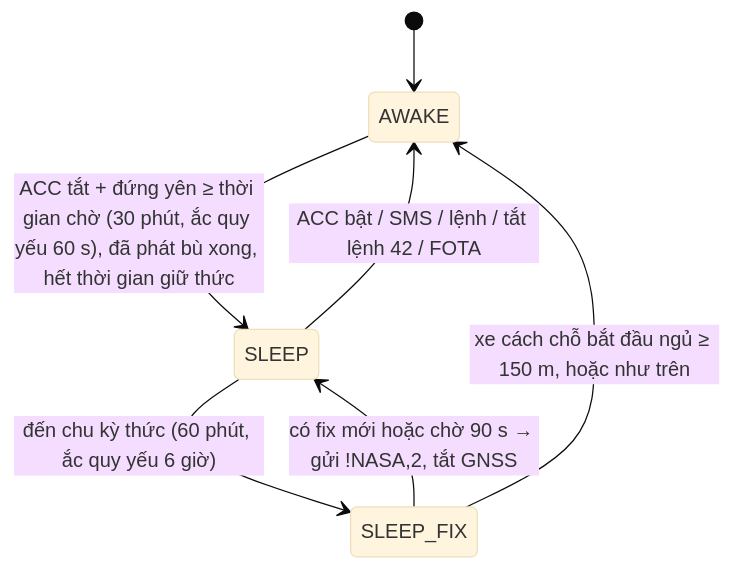
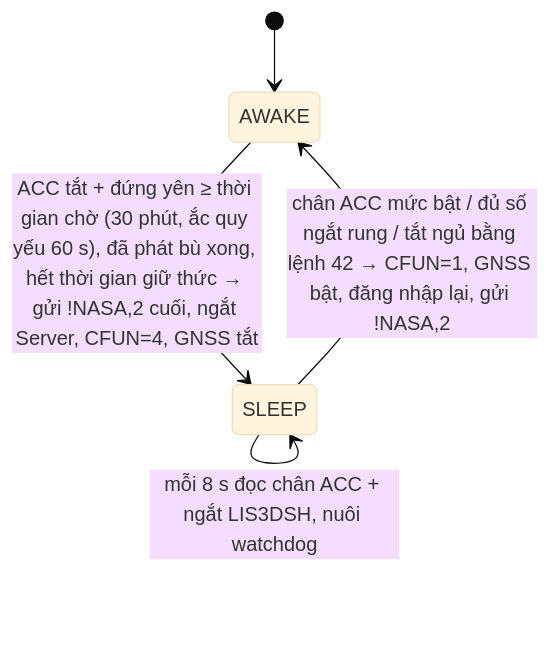
One commit to thanhsmail/NASA-TRACKING-A7677S changed the fourth of 4 diagrams in NASA_Tracking_Analysis.md. Above: the diagram before and after it, drawn with Mermaid (base theme). The commit also changed other lines of this file and 72 other files, not shown here.

First line of the commit message:
Deep sleep rework, LIS3DSH health check / on-off, turn detection, SIM radio retry

````diff
--- a/NASA_Tracking_Analysis.md
+++ b/NASA_Tracking_Analysis.md
@@ -391,9 +394,7 @@
 ```mermaid
 stateDiagram-v2
     [*] --> AWAKE
-    AWAKE --> SLEEP : ACC tắt + đứng yên ≥ thời gian chờ (30 phút, ắc quy yếu 60 s), đã phát bù xong, hết thời gian giữ thức
-    SLEEP --> SLEEP_FIX : đến chu kỳ thức (60 phút, ắc quy yếu 6 giờ)
-    SLEEP_FIX --> SLEEP : có fix mới hoặc chờ 90 s → gửi !NASA,2, tắt GNSS
-    SLEEP --> AWAKE : ACC bật / SMS / lệnh / tắt lệnh 42 / FOTA
-    SLEEP_FIX --> AWAKE : xe cách chỗ bắt đầu ngủ ≥ 150 m, hoặc như trên
+    AWAKE --> SLEEP : ACC tắt + đứng yên ≥ thời gian chờ (30 phút, ắc quy yếu 60 s), đã phát bù xong, hết thời gian giữ thức → gửi !NASA,2 cuối, ngắt Server, CFUN=4, GNSS tắt
+    SLEEP --> SLEEP : mỗi 8 s đọc chân ACC + ngắt LIS3DSH, nuôi watchdog
+    SLEEP --> AWAKE : chân ACC mức bật / đủ số ngắt rung / tắt ngủ bằng lệnh 42 → CFUN=1, GNSS bật, đăng nhập lại, gửi !NASA,2
 ```
````
